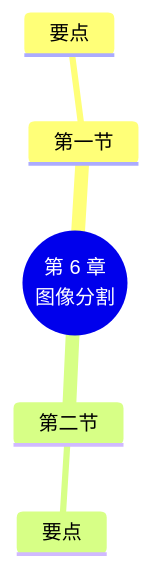
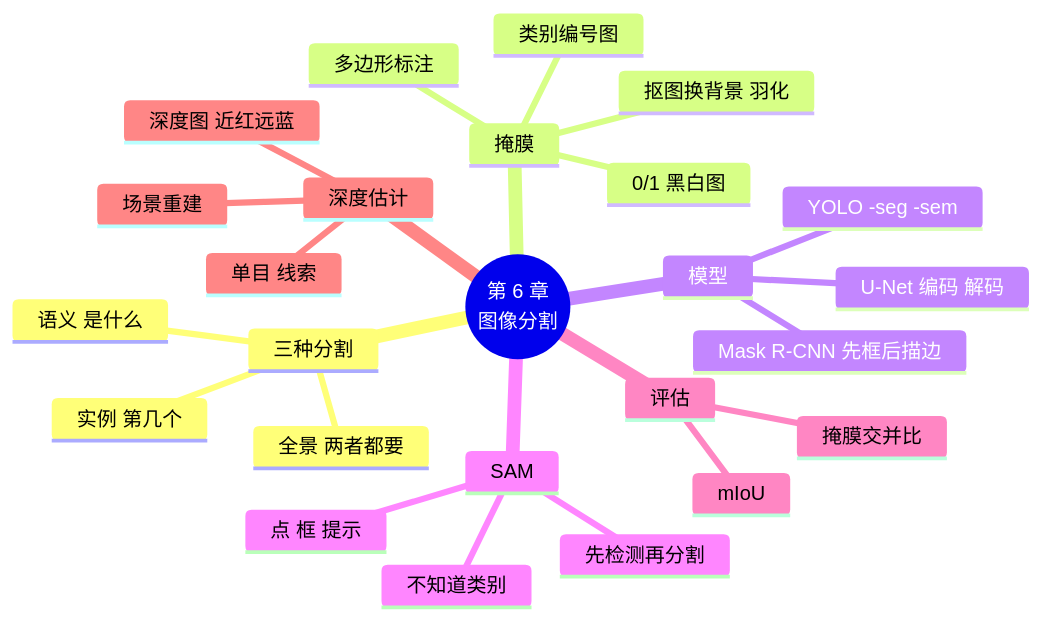
Before and after one commit to MingziFu9/cv-textbook: the second of 2 diagrams in docs/chapters/06-segmentation/index.md, drawn with Mermaid. The commit also changed other lines of this file and 64 other files, not shown here.

First line of the commit message:
第 5 章目标检测、第 6 章图像分割：正文、实验、动画、术语

````diff
--- a/docs/chapters/06-segmentation/index.md
+++ b/docs/chapters/06-segmentation/index.md
@@ -227,8 +802,28 @@
 ```mermaid
 mindmap
   root((第 6 章<br/>图像分割))
-    第一节
-      要点
-    第二节
-      要点
+    三种分割
+      语义 是什么
+      实例 第几个
+      全景 两者都要
+    掩膜
+      0/1 黑白图
+      类别编号图
+      抠图换背景 羽化
+      多边形标注
+    模型
+      U-Net 编码 解码
+      Mask R-CNN 先框后描边
+      YOLO -seg -sem
+    SAM
+      点 框 提示
+      不知道类别
+      先检测再分割
+    评估
+      掩膜交并比
+      mIoU
+    深度估计
+      深度图 近红远蓝
+      单目 线索
+      场景重建
 ```
````
